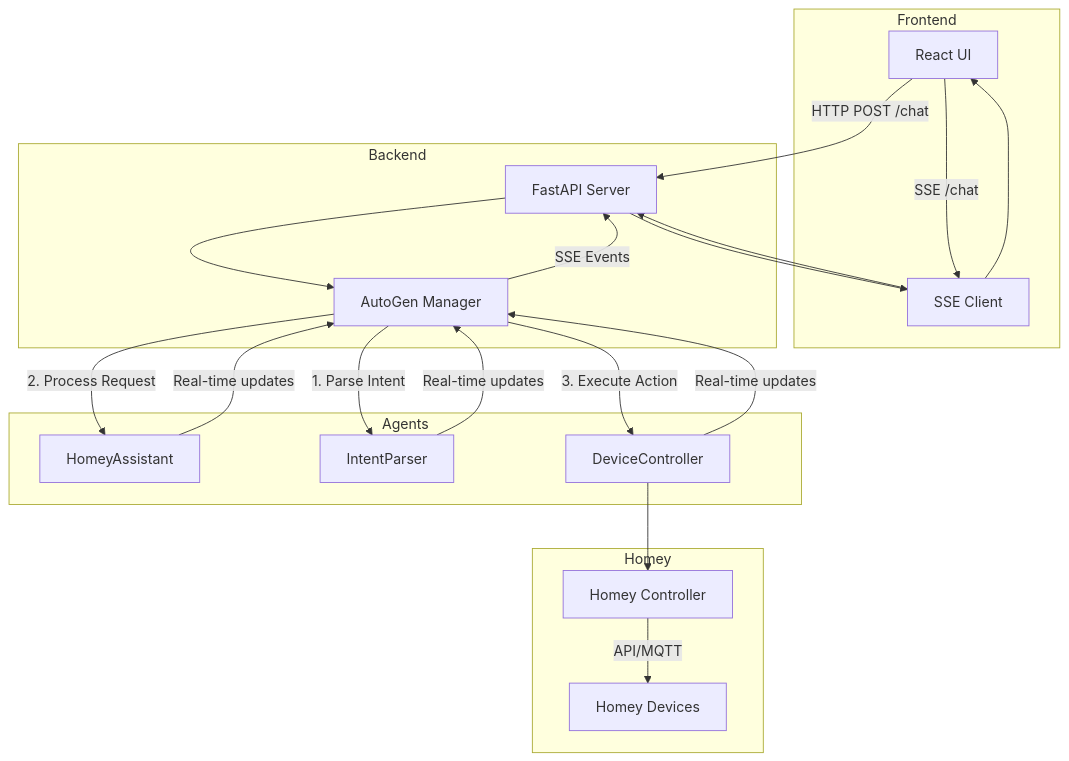
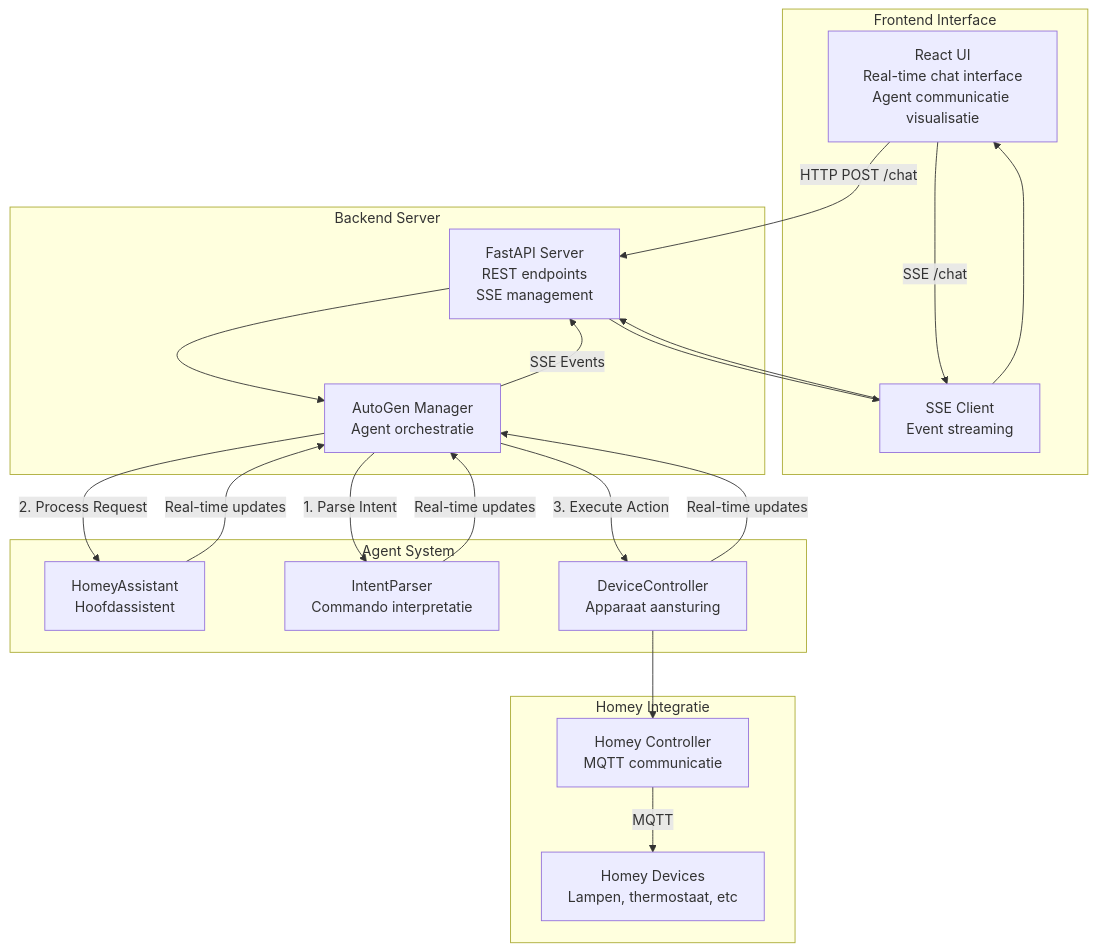
Before and after one commit to ramonankersmit/homeymind: the diagram in README.md, drawn with Mermaid. The commit also changed other lines of this file, not shown here.

Commit message:
Fix markdown formatting: Update mermaid diagram, improve command concatenation, fix list formatting

````diff
--- a/README.md
+++ b/README.md
@@ -249,43 +246,42 @@
 ```mermaid
-flowchart TD
-    subgraph Frontend
-        UI["React UI"]
-        SSE["SSE Client"]
+graph TD
+    subgraph Frontend["Frontend Interface"]
+        UI[React UI<br>Real-time chat interface<br>Agent communicatie visualisatie]
+        SSE[SSE Client<br>Event streaming]
     end
 
-    subgraph Backend
-        API["FastAPI Server"]
-        AGM["AutoGen Manager"]
+    subgraph Backend["Backend Server"]
+        API[FastAPI Server<br>REST endpoints<br>SSE management]
+        AGM[AutoGen Manager<br>Agent orchestratie]
     end
 
-    subgraph Agents
-        HA["HomeyAssistant"]
-        IP["IntentParser"]
-        DC["DeviceController"]
+    subgraph Agents["Agent System"]
+        HA[HomeyAssistant<br>Hoofdassistent]
+        IP[IntentParser<br>Commando interpretatie]
+        DC[DeviceController<br>Apparaat aansturing]
     end
 
-    subgraph Homey
-        HC["Homey Controller"]
-        Devices["Homey Devices"]
+    subgraph Homey["Homey Integratie"]
+        HC[Homey Controller<br>MQTT communicatie]
+        Devices[Homey Devices<br>Lampen, thermostaat, etc]
     end
 
-    UI --> |"HTTP POST /chat"| API
-    UI --> |"SSE /chat"| SSE
+    UI --> |HTTP POST /chat| API
+    UI --> |SSE /chat| SSE
     SSE --> API
     
     API --> AGM
-    AGM --> |"1. Parse Intent"| IP
-    AGM --> |"2. Process Request"| HA
-    AGM --> |"3. Execute Action"| DC
+    AGM --> |1. Parse Intent| IP
+    AGM --> |2. Process Request| HA
+    AGM --> |3. Execute Action| DC
     
     DC --> HC
-    HC --> |"API/MQTT"| Devices
+    HC --> |MQTT| Devices
 
-    %% Streaming responses
-    IP --> |"Real-time updates"| AGM
-    HA --> |"Real-time updates"| AGM
-    DC --> |"Real-time updates"| AGM
-    AGM --> |"SSE Events"| API
+    IP --> |Real-time updates| AGM
+    HA --> |Real-time updates| AGM
+    DC --> |Real-time updates| AGM
+    AGM --> |SSE Events| API
     API --> SSE
     SSE --> UI
 ```
````
